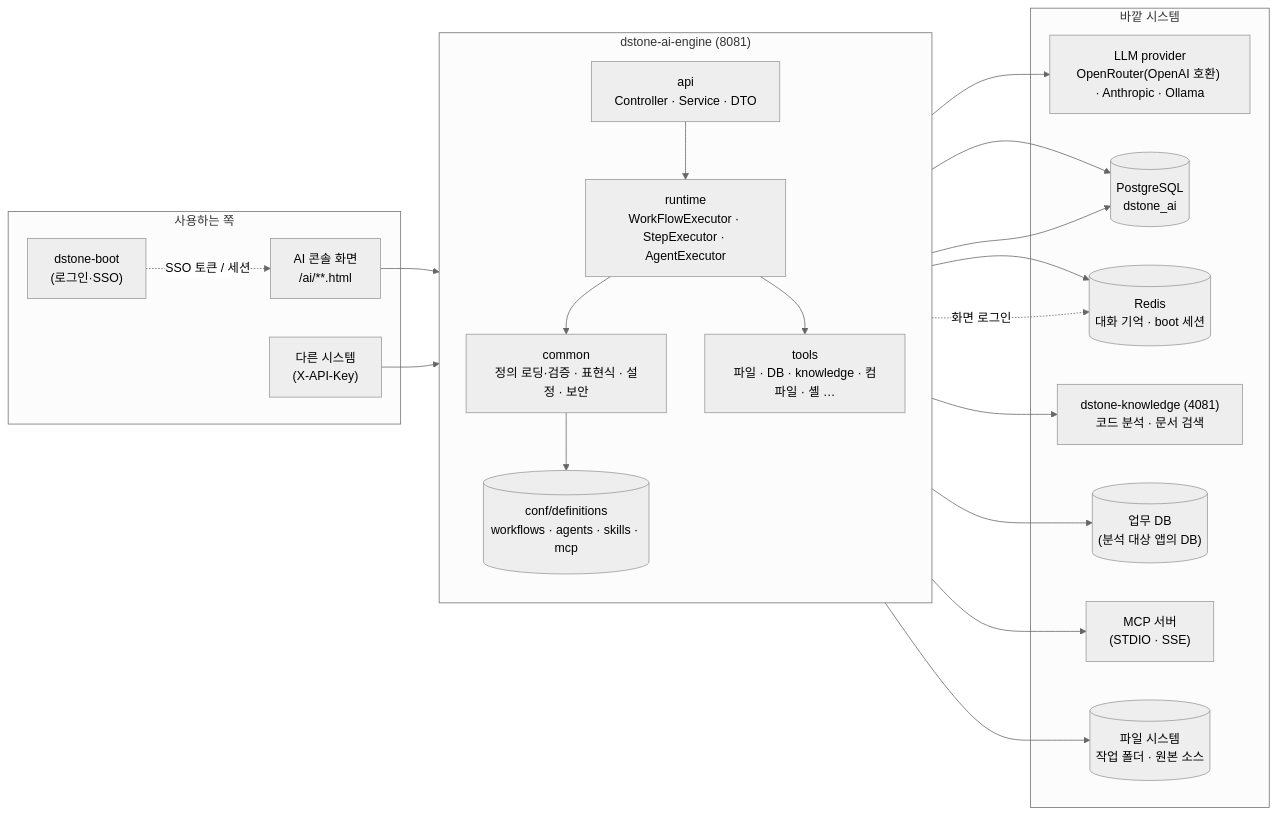
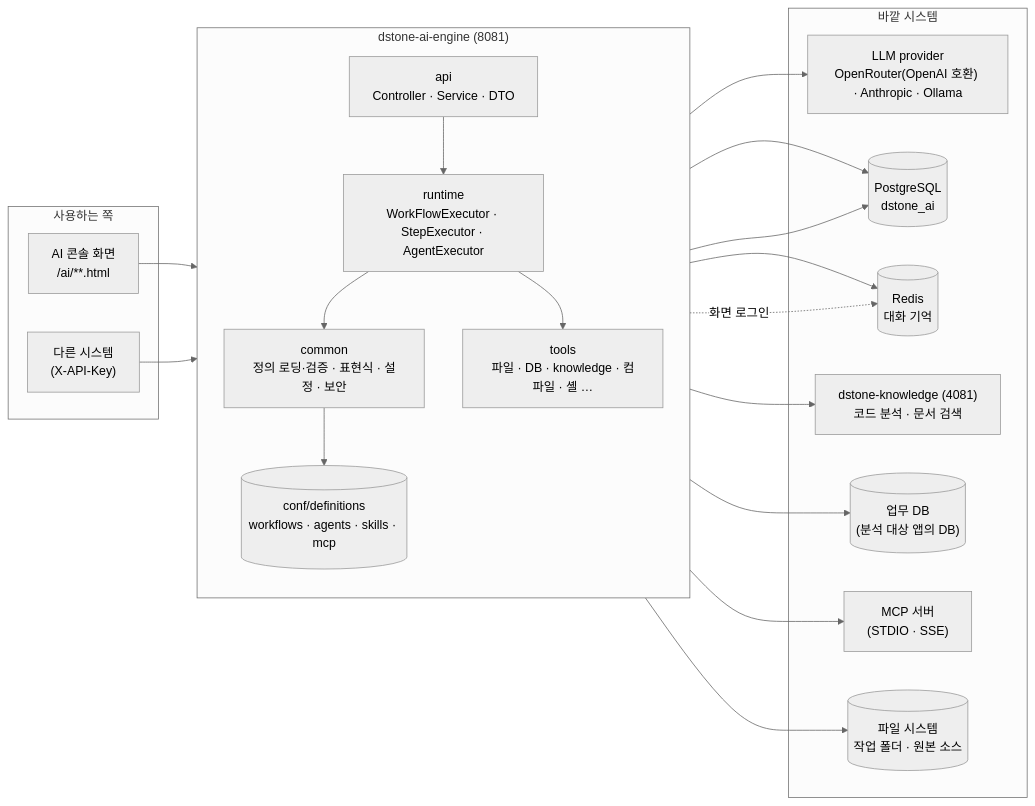
One commit to YongSoekChoeng/dstone changed the first of 11 diagrams in docs/09.dstone-ai-engine.md. Above: the diagram before and after it, drawn with Mermaid (neutral theme). The commit also changed other lines of this file and 6 other files, not shown here.

First line of the commit message:
docs: 자체 로그인·사용자 관리·프로젝트 관리 반영, dstone-boot SSO 설명 정리

````diff
--- a/docs/09.dstone-ai-engine.md
+++ b/docs/09.dstone-ai-engine.md
@@ -77,44 +77,42 @@
 ```mermaid
 flowchart LR
     subgraph 사용자쪽["사용하는 쪽"]
         UI["AI 콘솔 화면<br/>/ai/**.html"]
         EXT["다른 시스템<br/>(X-API-Key)"]
-        BOOT["dstone-boot<br/>(로그인·SSO)"]
     end
 
     subgraph ENGINE["dstone-ai-engine (8081)"]
         direction TB
         API["api<br/>Controller · Service · DTO"]
         RUN["runtime<br/>WorkFlowExecutor · StepExecutor · AgentExecutor"]
         COM["common<br/>정의 로딩·검증 · 표현식 · 설정 · 보안"]
         TOOLS["tools<br/>파일 · DB · knowledge · 컴파일 · 셸 …"]
         DEF[("conf/definitions<br/>workflows · agents · skills · mcp")]
     end
 
     subgraph 외부["바깥 시스템"]
         LLM["LLM provider<br/>OpenRouter(OpenAI 호환) · Anthropic · Ollama"]
         PG[("PostgreSQL<br/>dstone_ai")]
-        REDIS[("Redis<br/>대화 기억 · boot 세션")]
+        REDIS[("Redis<br/>대화 기억")]
         KN["dstone-knowledge (4081)<br/>코드 분석 · 문서 검색"]
         TDB[("업무 DB<br/>(분석 대상 앱의 DB)")]
         MCP["MCP 서버<br/>(STDIO · SSE)"]
         FS[("파일 시스템<br/>작업 폴더 · 원본 소스")]
     end
 
     UI --> API
     EXT --> API
-    BOOT -. SSO 토큰 / 세션 .-> UI
     API --> RUN
     RUN --> COM
     COM --> DEF
     RUN --> TOOLS
     RUN --> LLM
     RUN --> PG
     API --> PG
     RUN --> REDIS
     API -. 화면 로그인 .-> REDIS
     TOOLS --> KN
     TOOLS --> TDB
     TOOLS --> FS
     TOOLS --> MCP
 ```
````
